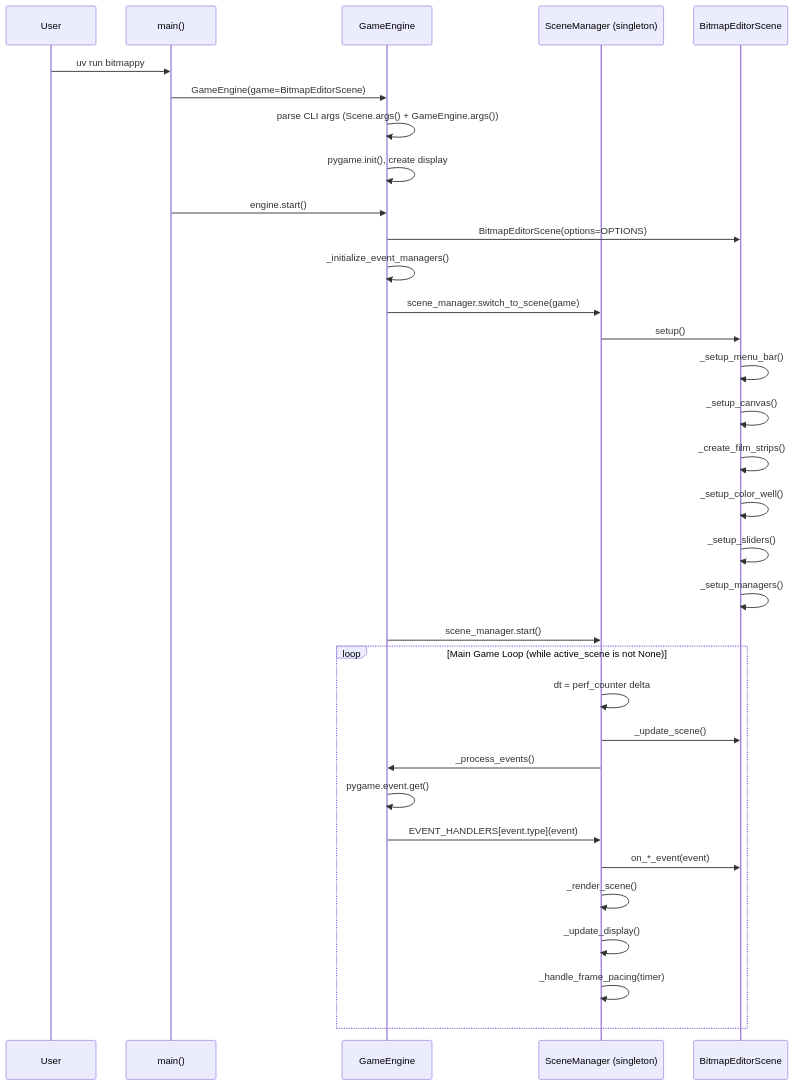
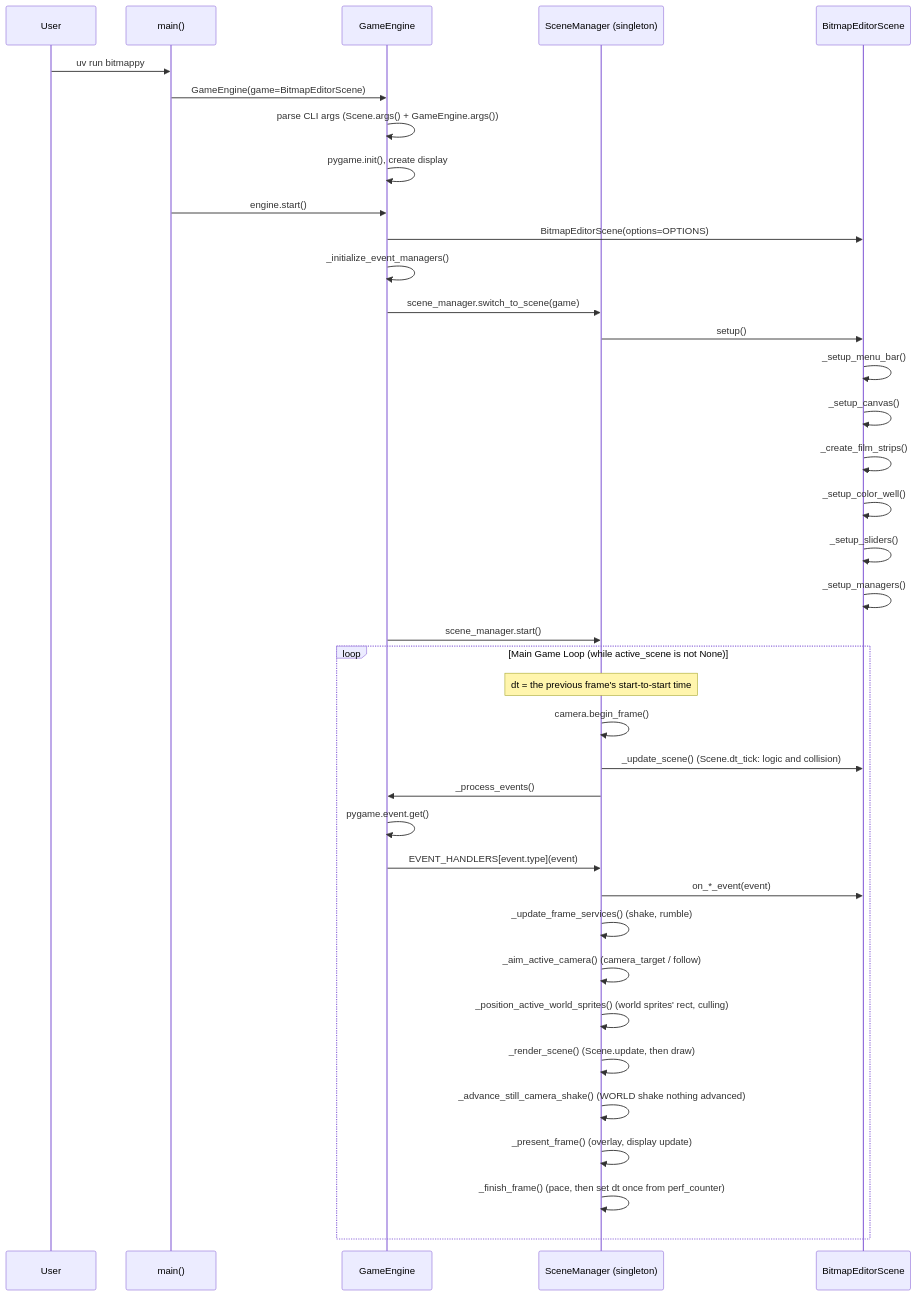
Before and after one commit to terrysimons/glitchygames: the first of 8 diagrams in BITMAPPY_ARCHITECTURE.md, drawn with Mermaid. The commit also changed other lines of this file and 95 other files, not shown here.

Commit message:
Engine world space, end-of-frame timing, and event/randomness fixes (#94)

````diff
--- a/BITMAPPY_ARCHITECTURE.md
+++ b/BITMAPPY_ARCHITECTURE.md
@@ -7,37 +7,42 @@
 ```mermaid
 sequenceDiagram
     participant User
     participant main as main()
     participant GE as GameEngine
     participant SM as SceneManager (singleton)
     participant BES as BitmapEditorScene
 
     User->>main: uv run bitmappy
     main->>GE: GameEngine(game=BitmapEditorScene)
     GE->>GE: parse CLI args (Scene.args() + GameEngine.args())
     GE->>GE: pygame.init(), create display
     main->>GE: engine.start()
     GE->>BES: BitmapEditorScene(options=OPTIONS)
     GE->>GE: _initialize_event_managers()
     GE->>SM: scene_manager.switch_to_scene(game)
     SM->>BES: setup()
     BES->>BES: _setup_menu_bar()
     BES->>BES: _setup_canvas()
     BES->>BES: _create_film_strips()
     BES->>BES: _setup_color_well()
     BES->>BES: _setup_sliders()
     BES->>BES: _setup_managers()
     GE->>SM: scene_manager.start()
 
     loop Main Game Loop (while active_scene is not None)
-        SM->>SM: dt = perf_counter delta
-        SM->>BES: _update_scene()
+        Note over SM: dt = the previous frame's start-to-start time
+        SM->>SM: camera.begin_frame()
+        SM->>BES: _update_scene() (Scene.dt_tick: logic and collision)
         SM->>GE: _process_events()
         GE->>GE: pygame.event.get()
         GE->>SM: EVENT_HANDLERS[event.type](event)
         SM->>BES: on_*_event(event)
-        SM->>SM: _render_scene()
-        SM->>SM: _update_display()
-        SM->>SM: _handle_frame_pacing(timer)
+        SM->>SM: _update_frame_services() (shake, rumble)
+        SM->>SM: _aim_active_camera() (camera_target / follow)
+        SM->>SM: _position_active_world_sprites() (world sprites' rect, culling)
+        SM->>SM: _render_scene() (Scene.update, then draw)
+        SM->>SM: _advance_still_camera_shake() (WORLD shake nothing advanced)
+        SM->>SM: _present_frame() (overlay, display update)
+        SM->>SM: _finish_frame() (pace, then set dt once from perf_counter)
     end
 ```
````
